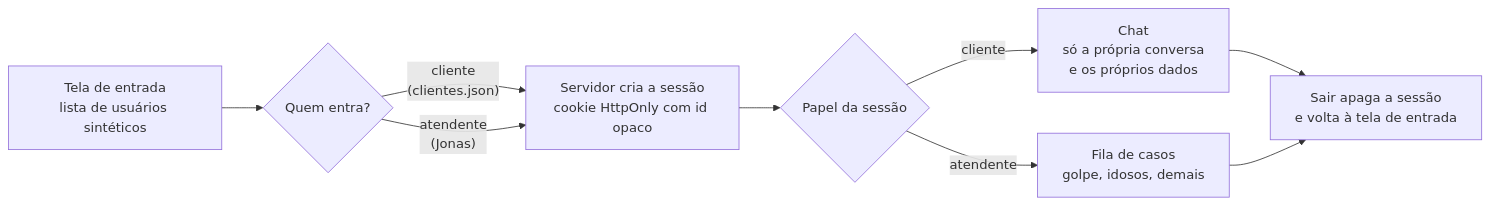
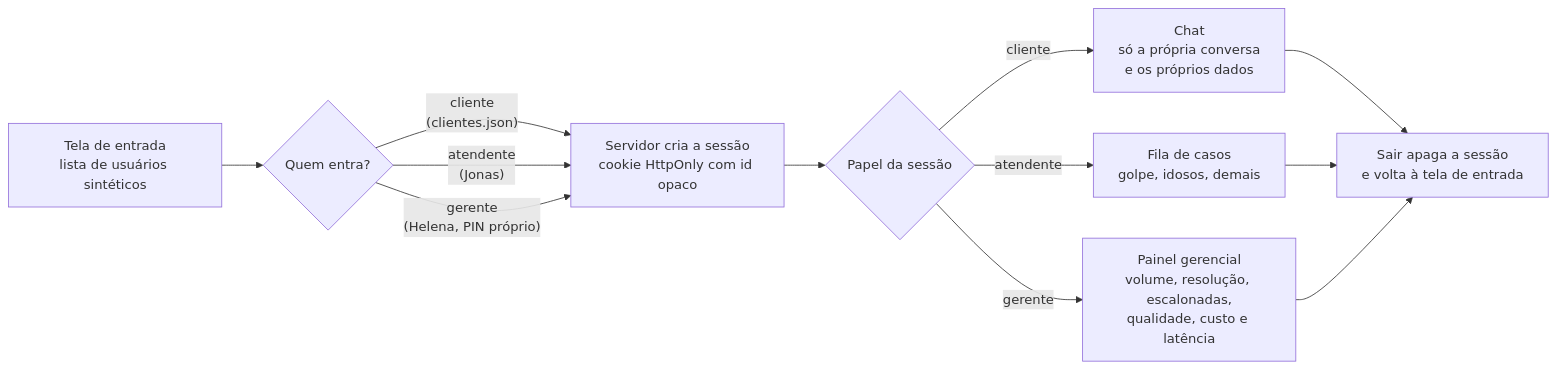
One commit to KainanGuerra/caqui-avenue changed the diagram in documentation/diagrams/fluxo-login-e-papeis.md. Above: the diagram before and after it, drawn with Mermaid. The commit also changed other lines of this file and 36 other files, not shown here.

First line of the commit message:
feat(gerente): painel administrativo com volume, resolução, escalonadas, qualidade e custo

````diff
--- a/documentation/diagrams/fluxo-login-e-papeis.md
+++ b/documentation/diagrams/fluxo-login-e-papeis.md
@@ -5,11 +5,14 @@
 ```mermaid
 flowchart LR
     A["Tela de entrada<br/>lista de usuários sintéticos"] --> B{"Quem entra?"}
     B -->|"cliente<br/>(clientes.json)"| C["Servidor cria a sessão<br/>cookie HttpOnly com id opaco"]
     B -->|"atendente<br/>(Jonas)"| C
+    B -->|"gerente<br/>(Helena, PIN próprio)"| C
     C --> D{"Papel da sessão"}
     D -->|cliente| E["Chat<br/>só a própria conversa<br/>e os próprios dados"]
     D -->|atendente| F["Fila de casos<br/>golpe, idosos, demais"]
+    D -->|gerente| H["Painel gerencial<br/>volume, resolução, escalonadas,<br/>qualidade, custo e latência"]
     E --> G["Sair apaga a sessão<br/>e volta à tela de entrada"]
     F --> G
+    H --> G
 ```
````
